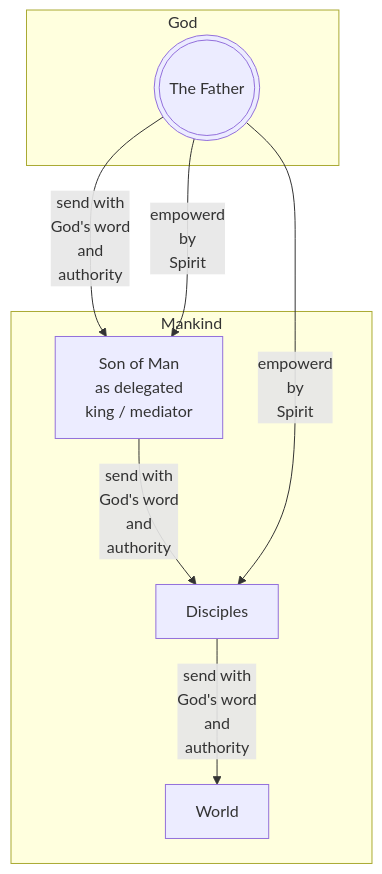
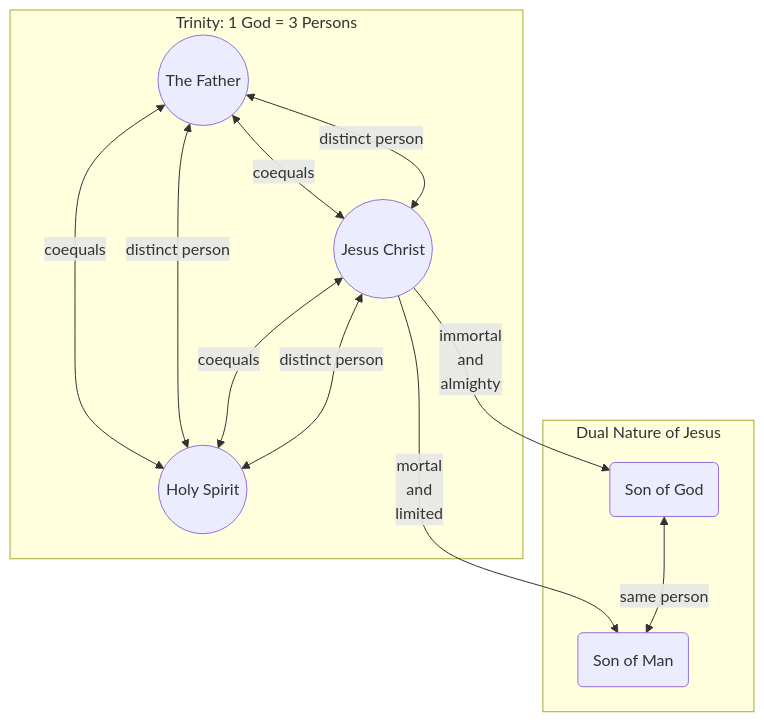
The seventh of 7 diagrams in trinity.md (life-and-dev/son), drawn with Mermaid before and after one commit. The commit also changed other lines of this file and 1 other file, not shown here.

````diff
--- a/trinity.md
+++ b/trinity.md
@@ -319,13 +303,17 @@
 ```mermaid
 graph TD
-    subgraph God
-        Father(((The Father)))
+    subgraph "Trinity: 1 God = 3 Persons"
+        Father((The Father)) <-- coequals --> Son
+        Father <-- distinct person --> Son
+        Father <-- coequals --> Spirit
+        Father <-- distinct person --> Spirit
+        Son((Jesus Christ)) <-- coequals --> Spirit
+        Son <-- distinct person --> Spirit
+        Spirit((Holy Spirit))
     end
-    subgraph Mankind
-        Father -- send with\nGod's word\nand\nauthority --> Son[Son of Man\nas delegated\nking / mediator]
-        Father -- empowerd\nby\nSpirit --> Son
-        Son -- send with\nGod's word\nand\nauthority --> Disciples
-        Disciples -- send with\nGod's word\nand\nauthority --> World
-        Father -- empowerd\nby\nSpirit --> Disciples
+    subgraph Dual Nature of Jesus
+        Son -- immortal\nand\nalmighty --> SonOfGod(Son of God)
+        Son -- mortal\nand\nlimited --> SonOfMan(Son of Man)
+        SonOfGod <-- same person --> SonOfMan
     end
 ```
````
